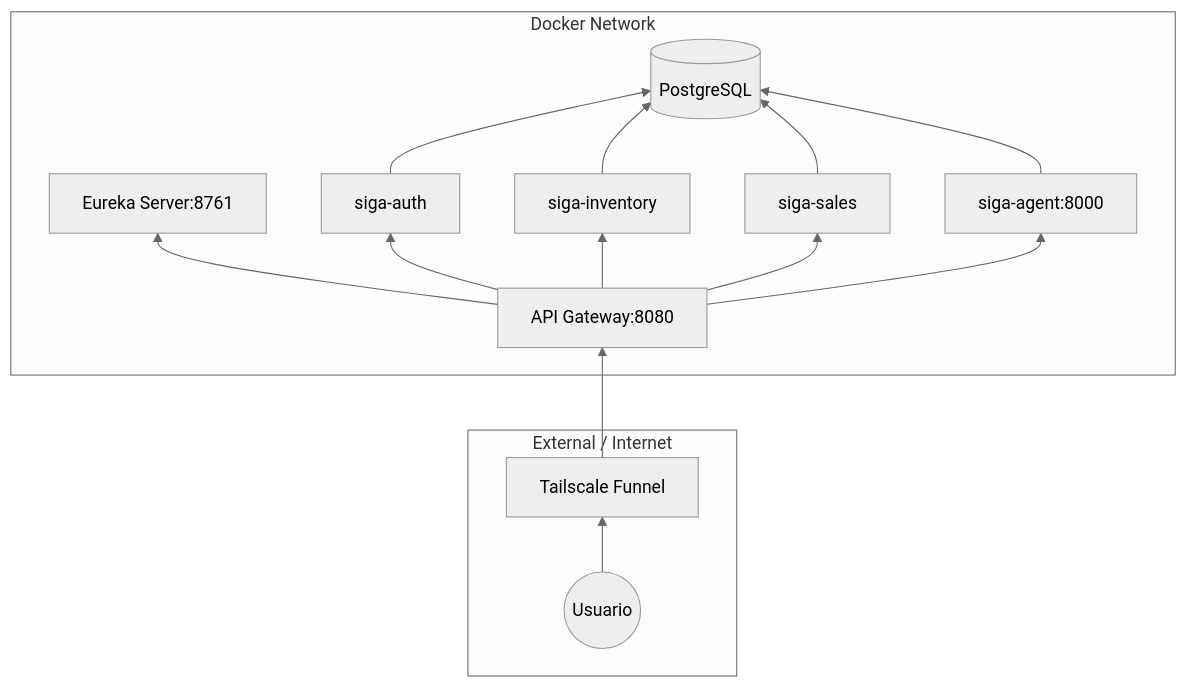
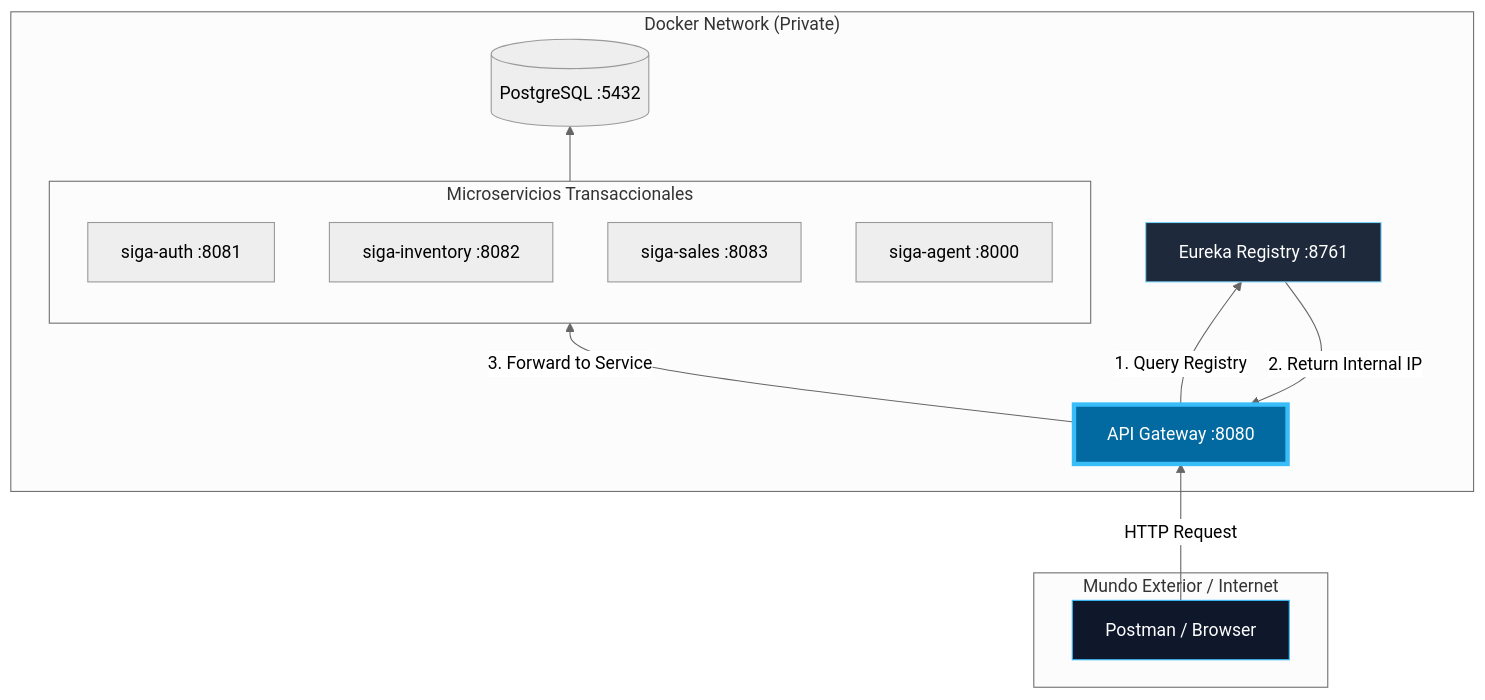
Before and after one commit to HecAguilaV/SIGA: the first of 2 diagrams in docs/technical-room/es/05-PHYSICAL-VIEW.mdx, drawn with Mermaid (neutral theme). The commit also changed other lines of this file and 11 other files, not shown here.

Commit message:
docs: arquitectura técnica 4+1 bilingüe final - alto contraste y accesibilidad / final 4+1 bilingual technical architecture - high contrast and accessibility

````diff
--- a/docs/technical-room/es/05-PHYSICAL-VIEW.mdx
+++ b/docs/technical-room/es/05-PHYSICAL-VIEW.mdx
@@ -11,26 +11,30 @@
 ```mermaid
 graph BT
-    subgraph Cloud [External / Internet]
-        User((Usuario))
-        Funnel[Tailscale Funnel]
+    subgraph Exterior [Mundo Exterior / Internet]
+        Client[Postman / Browser]
     end
 
-    subgraph InternalNet [Docker Network]
-        GT[API Gateway:8080]
-        Eureka[Eureka Server:8761]
-        Auth[siga-auth]
-        Inv[siga-inventory]
-        Sales[siga-sales]
-        Agent[siga-agent:8000]
-        Postgres[(PostgreSQL)]
+    subgraph "Docker Network (Private)"
+        GT[API Gateway :8080]
+        Eureka[Eureka Registry :8761]
+        
+        subgraph Cluster [Microservicios Transaccionales]
+            Auth[siga-auth :8081]
+            Inv[siga-inventory :8082]
+            Sales[siga-sales :8083]
+            Agent[siga-agent :8000]
+        end
+        
+        DB[(PostgreSQL :5432)]
     end
 
-    User --> Funnel
-    Funnel --> GT
-    GT --> Eureka
-    GT --> Auth
-    GT --> Inv
-    GT --> Sales
-    GT --> Agent
-    Auth & Inv & Sales & Agent --> Postgres
+    Client -- HTTP Request --> GT
+    GT -- 1. Query Registry --> Eureka
+    Eureka -- 2. Return Internal IP --> GT
+    GT -- 3. Forward to Service --> Cluster
+    Cluster --> DB
+
+    style Client fill:#0f172a,stroke:#38bdf8,color:#fff
+    style GT fill:#0369a1,stroke:#38bdf8,stroke-width:4px,color:#fff
+    style Eureka fill:#1e293b,stroke:#7dd3fc,color:#fff
 ```
````
